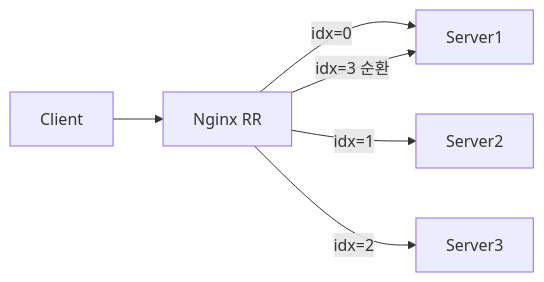
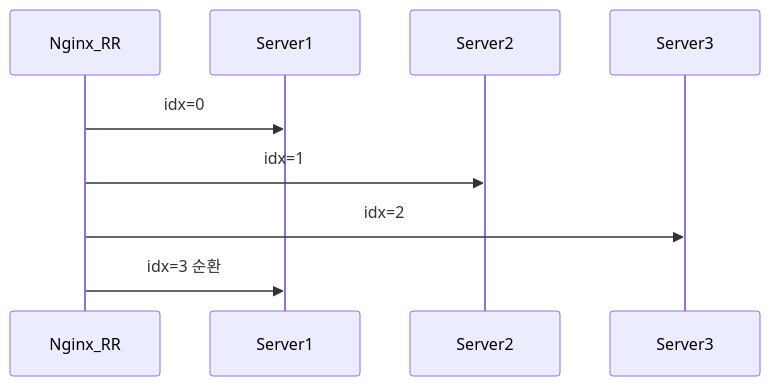
Before and after one commit to yjkim2015/yjkim2015.github.io: the seventh of 18 diagrams in _posts/server/2026-05-01-nginx.md, drawn with Mermaid. The commit also changed other lines of this file and 89 other files, not shown here.

First line of the commit message:
복잡한 flowchart 163개 → sequenceDiagram 변환 (90파일)

````diff
--- a/_posts/server/2026-05-01-nginx.md
+++ b/_posts/server/2026-05-01-nginx.md
@@ -254,8 +249,7 @@
 ```mermaid
-graph LR
-    C["Client"] --> N["Nginx RR"]
-    N -->|idx=0| S1["Server1"]
-    N -->|idx=1| S2["Server2"]
-    N -->|idx=2| S3["Server3"]
-    N -->|idx=3 순환| S1
+sequenceDiagram
+    Nginx_RR->>Server1: idx=0
+    Nginx_RR->>Server2: idx=1
+    Nginx_RR->>Server3: idx=2
+    Nginx_RR->>Server1: idx=3 순환
 ```
````
